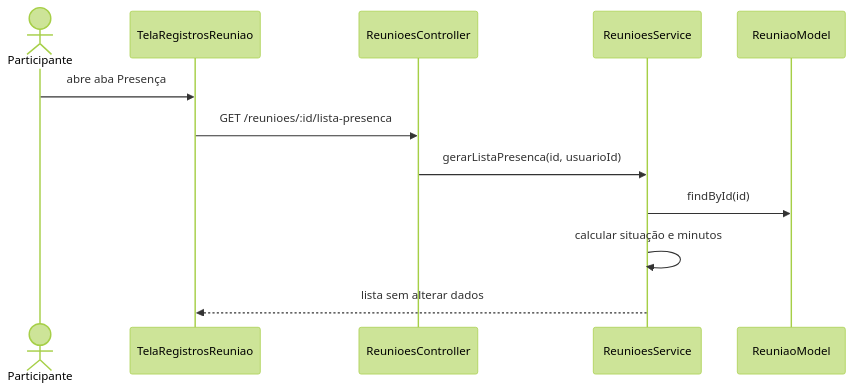
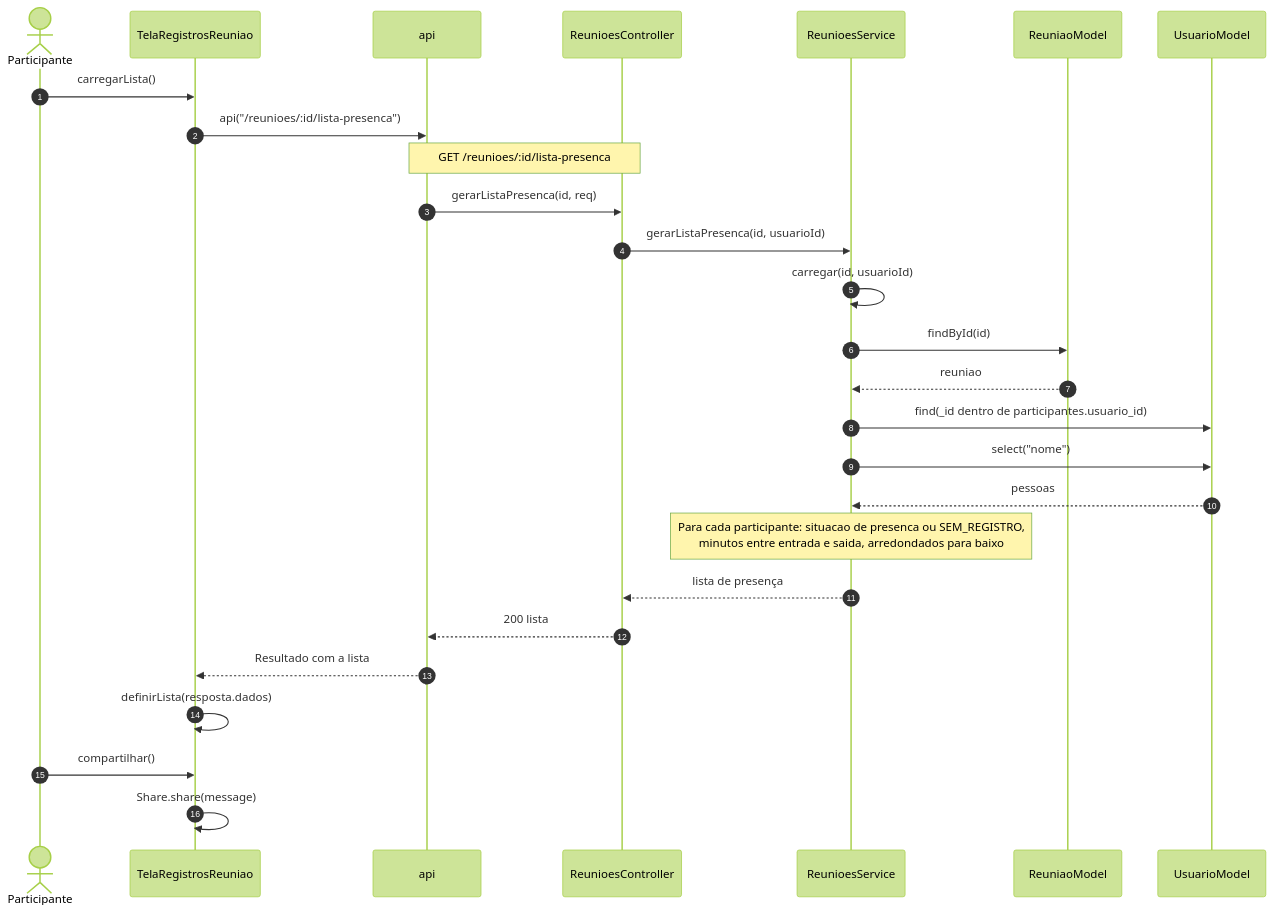
One commit to Conecta-IFSP/DOCUMENTATION changed the ninth of 13 diagrams in 3 - Incremento2/reunioes/6 - diagramas-sequencia-reunioes.md. Above: the diagram before and after it, drawn with Mermaid (forest theme). The commit also changed other lines of this file and 26 other files, not shown here.

````diff
--- a/3 - Incremento2/reunioes/6 - diagramas-sequencia-reunioes.md
+++ b/3 - Incremento2/reunioes/6 - diagramas-sequencia-reunioes.md
@@ -149,14 +274,29 @@
 ```mermaid
 sequenceDiagram
+    autonumber
     actor U as Participante
     participant T as TelaRegistrosReuniao
+    participant A as api
     participant C as ReunioesController
     participant S as ReunioesService
     participant M as ReuniaoModel
-    U->>T: abre aba Presença
-    T->>C: GET /reunioes/:id/lista-presenca
+    participant UM as UsuarioModel
+    U->>T: carregarLista()
+    T->>A: api("/reunioes/:id/lista-presenca")
+    Note over A,C: GET /reunioes/:id/lista-presenca
+    A->>C: gerarListaPresenca(id, req)
     C->>S: gerarListaPresenca(id, usuarioId)
+    S->>S: carregar(id, usuarioId)
     S->>M: findById(id)
-    S->>S: calcular situação e minutos
-    S-->>T: lista sem alterar dados
+    M-->>S: reuniao
+    S->>UM: find(_id dentro de participantes.usuario_id)
+    S->>UM: select("nome")
+    UM-->>S: pessoas
+    Note over S: Para cada participante: situacao de presenca ou SEM_REGISTRO,<br/>minutos entre entrada e saida, arredondados para baixo
+    S-->>C: lista de presença
+    C-->>A: 200 lista
+    A-->>T: Resultado com a lista
+    T->>T: definirLista(resposta.dados)
+    U->>T: compartilhar()
+    T->>T: Share.share(message)
 ```
````
